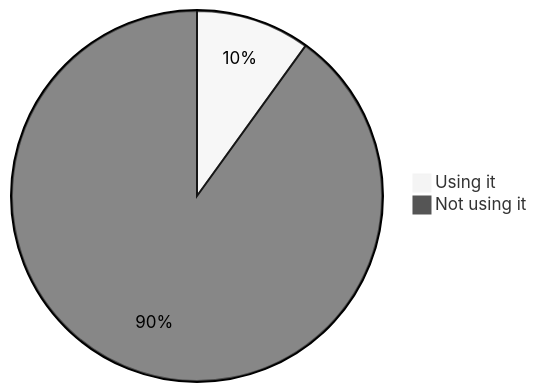
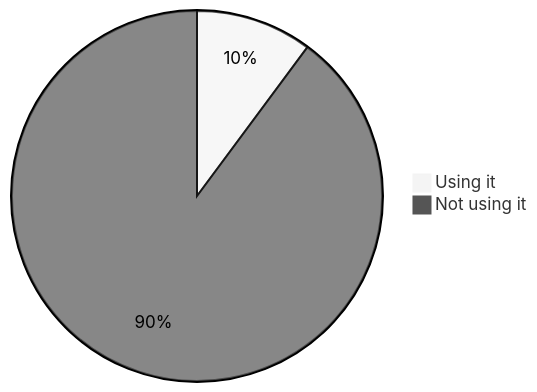
Before and after one commit to oshp/oshp-stats: diagram 13 of 22 in stats.md, drawn with Mermaid (neutral theme). The commit also changed other lines of this file, not shown here.

````diff
--- a/stats.md
+++ b/stats.md
@@ -154,6 +154,6 @@
 ```mermaid
 pie
-	"Using it" : 9.96
-	"Not using it" : 90.04
+	"Using it" : 10.16
+	"Not using it" : 89.84
 
 ```
````
